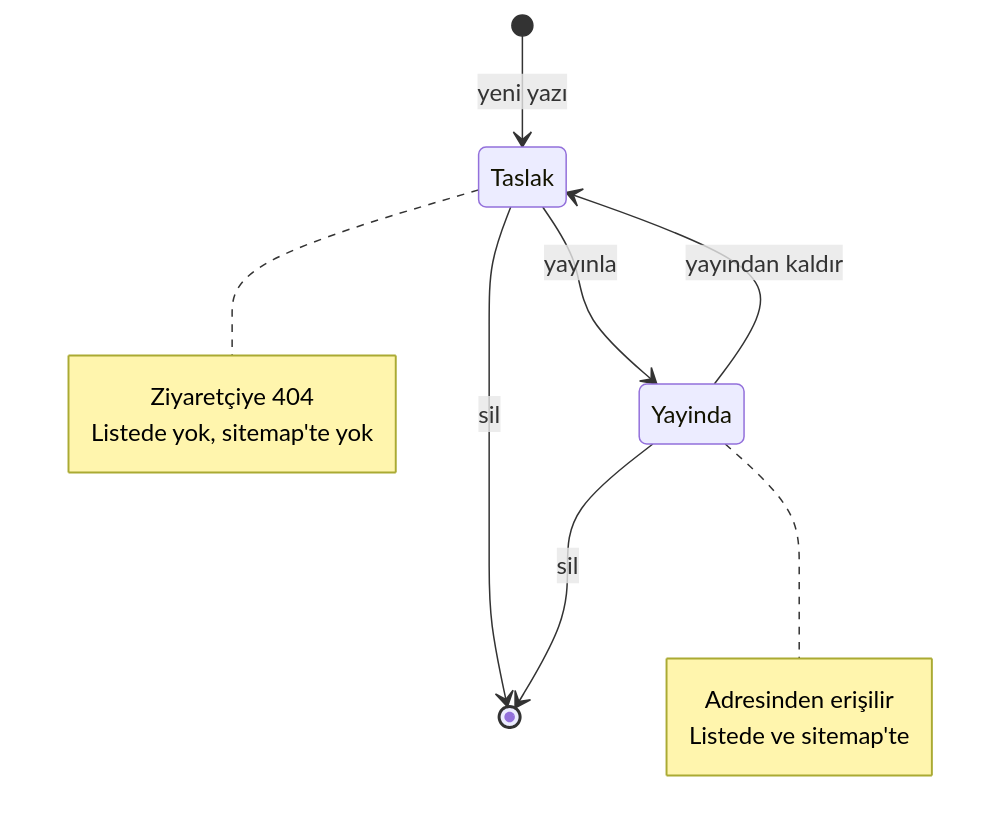
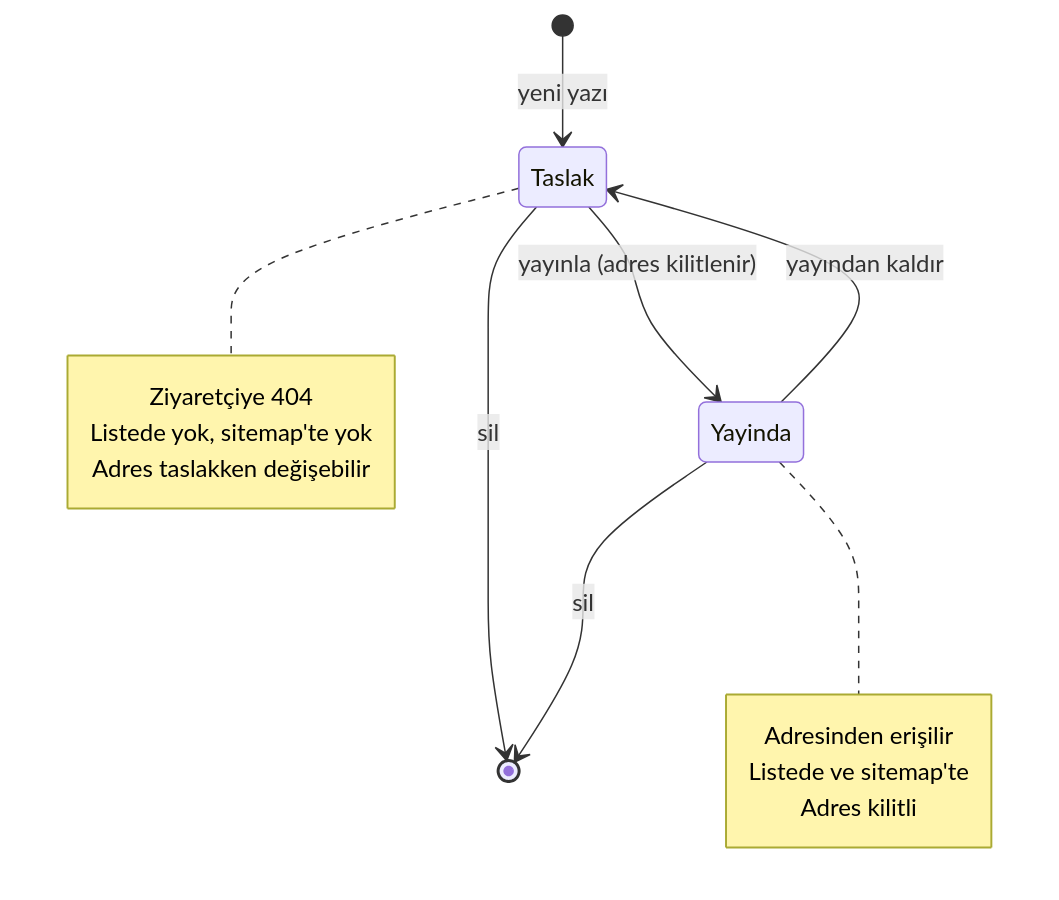
One commit to abdullahcicekli/caka.app changed the first of 4 diagrams in docs/plans/2026-08-29-001-feat-yazi-sayfalari-plan.md. Above: the diagram before and after it, drawn with Mermaid. The commit also changed other lines of this file, not shown here.

````diff
--- a/docs/plans/2026-08-29-001-feat-yazi-sayfalari-plan.md
+++ b/docs/plans/2026-08-29-001-feat-yazi-sayfalari-plan.md
@@ -121,17 +132,19 @@
 ```mermaid
 stateDiagram-v2
     [*] --> Taslak: yeni yazı
-    Taslak --> Yayinda: yayınla
+    Taslak --> Yayinda: yayınla (adres kilitlenir)
     Yayinda --> Taslak: yayından kaldır
     Taslak --> [*]: sil
     Yayinda --> [*]: sil
 
     note right of Taslak
       Ziyaretçiye 404
       Listede yok, sitemap'te yok
+      Adres taslakken değişebilir
     end note
     note right of Yayinda
       Adresinden erişilir
       Listede ve sitemap'te
+      Adres kilitli
     end note
 ```
````
